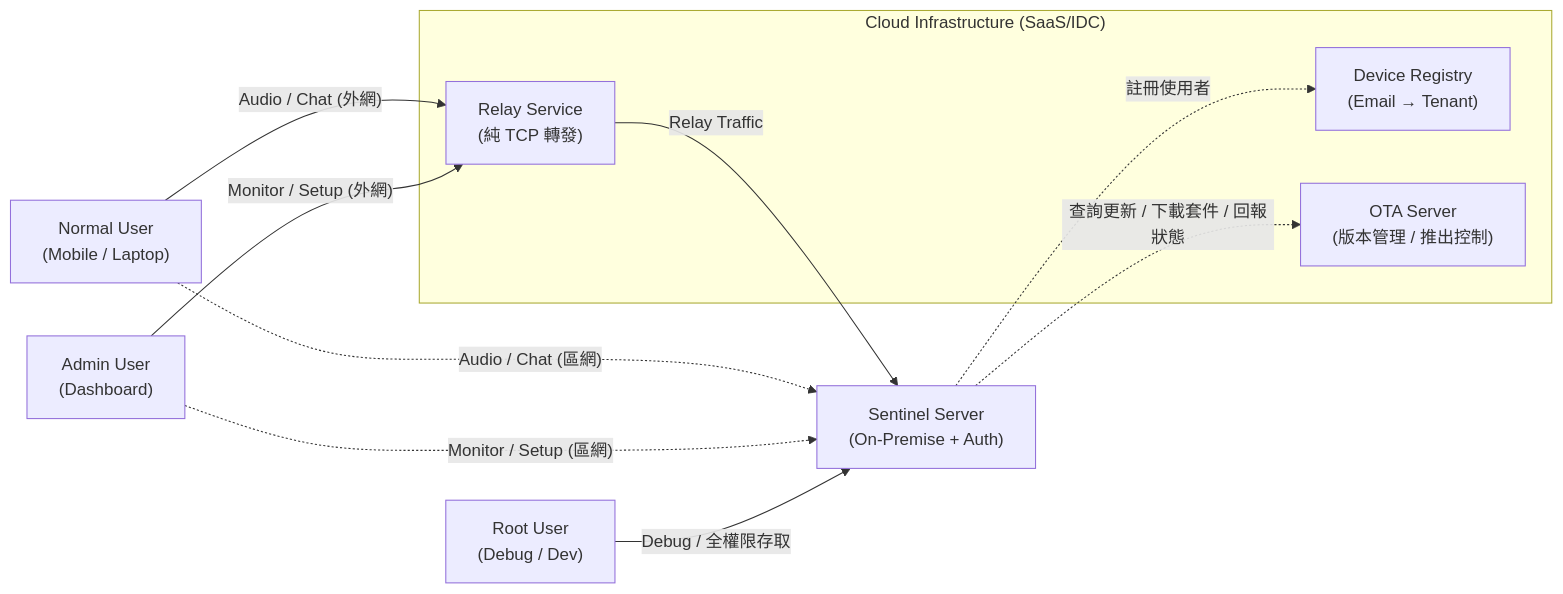
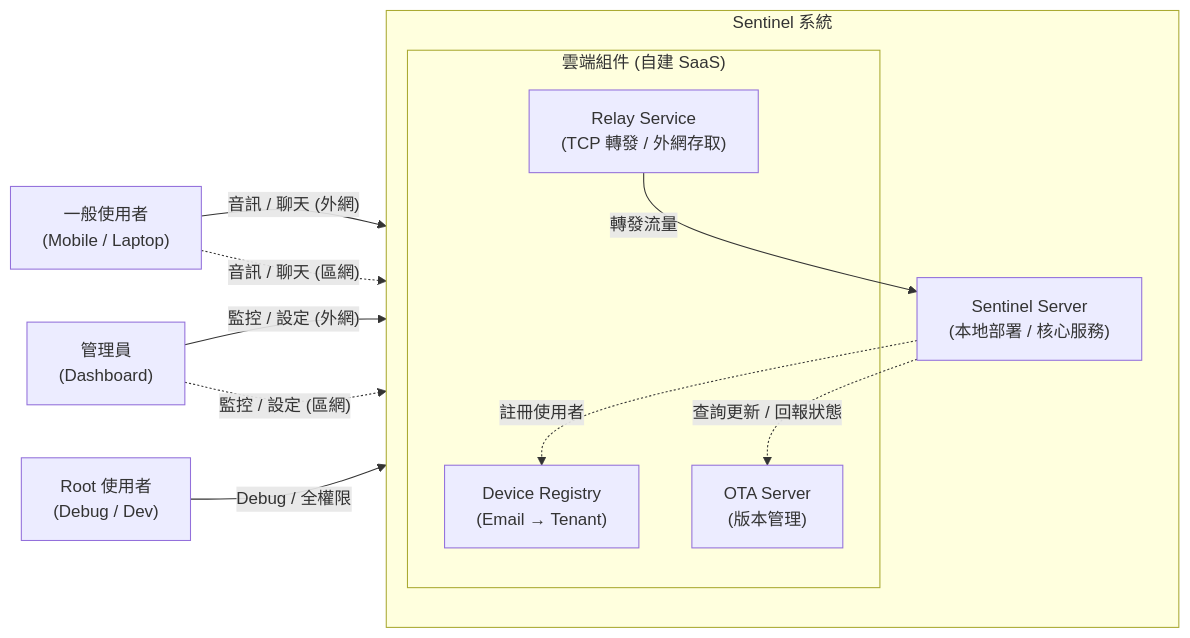
Before and after one commit to marychoucool/sentinelDesign: the diagram in contextDiagram.mmd, drawn with Mermaid. The commit also changed 3 other files, not shown here.

Commit message:
ota-flow

```diff
--- a/contextDiagram.mmd
+++ b/contextDiagram.mmd
@@ -1,33 +1,34 @@
 flowchart LR
-    %% ===== Users =====
-    NormalUser["Normal User<br>(Mobile / Laptop)"]
-    AdminUser["Admin User<br>(Dashboard)"]
-    RootUser["Root User<br>(Debug / Dev)"]
+    %% ===== 使用者 =====
+    NormalUser["一般使用者<br>(Mobile / Laptop)"]
+    AdminUser["管理員<br>(Dashboard)"]
+    RootUser["Root 使用者<br>(Debug / Dev)"]
 
-    %% ===== External Cloud Systems =====
-    subgraph Cloud ["Cloud Infrastructure (SaaS/IDC)"]
-        RelayService["Relay Service<br>(純 TCP 轉發)"]
-        DeviceRegistry["Device Registry<br>(Email → Tenant)"]
-        OTAServer["OTA Server<br>(版本管理 / 推出控制)"]
+    %% ===== Sentinel 系統 (自建) =====
+    subgraph SentinelSystem ["Sentinel 系統"]
+        direction TB
+
+        subgraph Cloud ["雲端組件 (自建 SaaS)"]
+            RelayService["Relay Service<br>(TCP 轉發 / 外網存取)"]
+            DeviceRegistry["Device Registry<br>(Email → Tenant)"]
+            OTAServer["OTA Server<br>(版本管理)"]
+        end
+
+        SentinelServer["Sentinel Server<br>(本地部署 / 核心服務)"]
     end
 
-    %% ===== On-Premise System =====
-    SentinelServer["Sentinel Server<br>(On-Premise + Auth)"]
+    %% ===== 使用者 → 雲端 (外網) =====
+    NormalUser -->|"音訊 / 聊天 (外網)"| RelayService
+    AdminUser -->|"監控 / 設定 (外網)"| RelayService
 
-    %% ===== User → Relay → Server (Data flows) =====
-    NormalUser -->|"Audio / Chat (外網)"| RelayService
-    RelayService -->|"Relay Traffic"| SentinelServer
-    AdminUser -->|"Monitor / Setup (外網)"| RelayService
+    %% ===== 使用者 → 本地 (區網) =====
+    NormalUser -.->|"音訊 / 聊天 (區網)"| SentinelServer
+    AdminUser -.->|"監控 / 設定 (區網)"| SentinelServer
 
-    %% ===== Direct LAN Access =====
-    NormalUser -.->|"Audio / Chat (區網)"| SentinelServer
-    AdminUser -.->|"Monitor / Setup (區網)"| SentinelServer
+    %% ===== 內部交互 =====
+    RelayService -->|"轉發流量"| SentinelServer
+    SentinelServer -.->|"註冊使用者"| DeviceRegistry
+    SentinelServer -.->|"查詢更新 / 回報狀態"| OTAServer
 
-    %% ===== Sentinel → Device Registry =====
-    SentinelServer -.->|"註冊使用者"| DeviceRegistry
-
-    %% ===== Sentinel → OTA Server =====
-    SentinelServer -.->|"查詢更新 / 下載套件 / 回報狀態"| OTAServer
-
-    %% ===== Root User Direct =====
-    RootUser -->|"Debug / 全權限存取"| SentinelServer
+    %% ===== Root 直接存取本地 =====
+    RootUser -->|"Debug / 全權限"| SentinelServer
```
